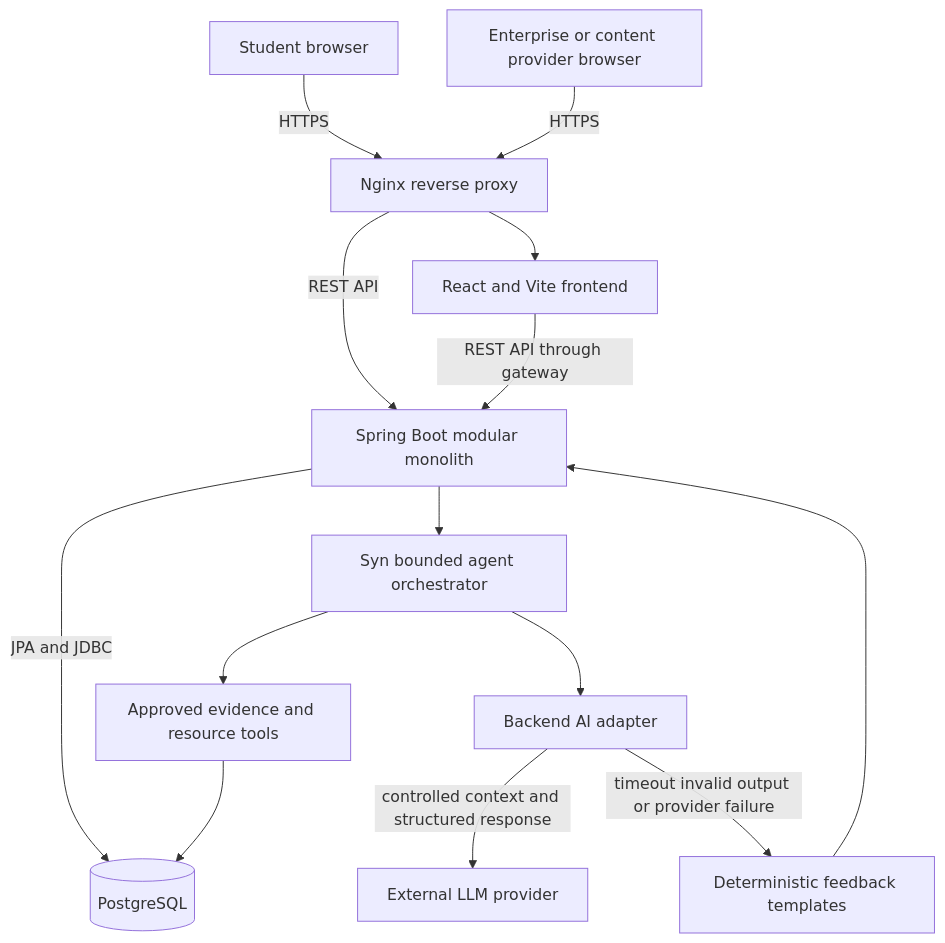
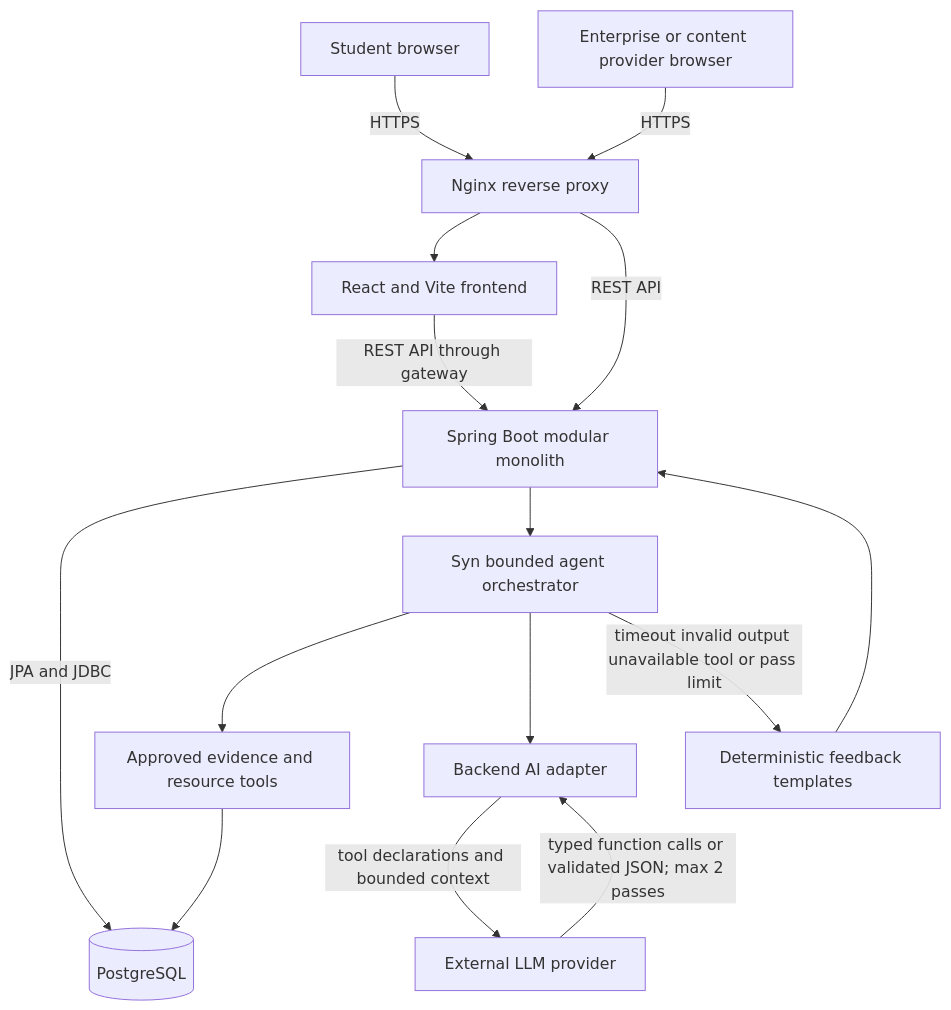
One commit to han-labs/career-simulation-platform changed the diagram in docs/architecture/README.md. Above: the diagram before and after it, drawn with Mermaid. The commit also changed other lines of this file and 163 other files, not shown here.

````diff
--- a/docs/architecture/README.md
+++ b/docs/architecture/README.md
@@ -5,28 +5,29 @@
 ```mermaid
 flowchart TB
     Student["Student browser"]
     Enterprise["Enterprise or content provider browser"]
     Gateway["Nginx reverse proxy"]
     Frontend["React and Vite frontend"]
     Backend["Spring Boot modular monolith"]
     Agent["Syn bounded agent orchestrator"]
     Tools["Approved evidence and resource tools"]
     Database[("PostgreSQL")]
     AIAdapter["Backend AI adapter"]
     LLM["External LLM provider"]
     Fallback["Deterministic feedback templates"]
 
     Student -->|HTTPS| Gateway
     Enterprise -->|HTTPS| Gateway
     Gateway --> Frontend
     Gateway -->|REST API| Backend
     Frontend -->|REST API through gateway| Backend
     Backend -->|JPA and JDBC| Database
     Backend --> Agent
     Agent --> Tools
     Tools --> Database
     Agent --> AIAdapter
-    AIAdapter -->|controlled context and structured response| LLM
-    AIAdapter -->|timeout invalid output or provider failure| Fallback
+    AIAdapter -->|tool declarations and bounded context| LLM
+    LLM -->|typed function calls or validated JSON; max 2 passes| AIAdapter
+    Agent -->|timeout invalid output unavailable tool or pass limit| Fallback
     Fallback --> Backend
 ```
````
